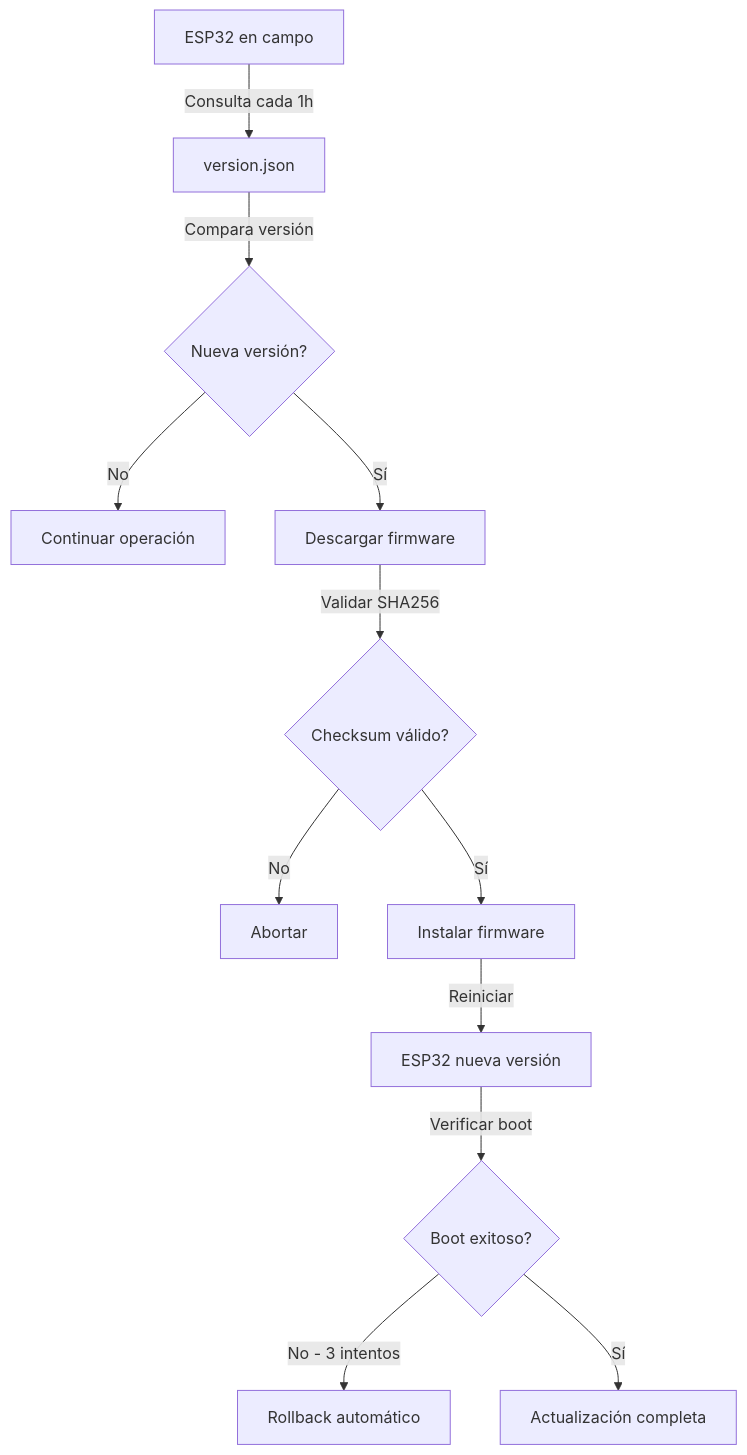
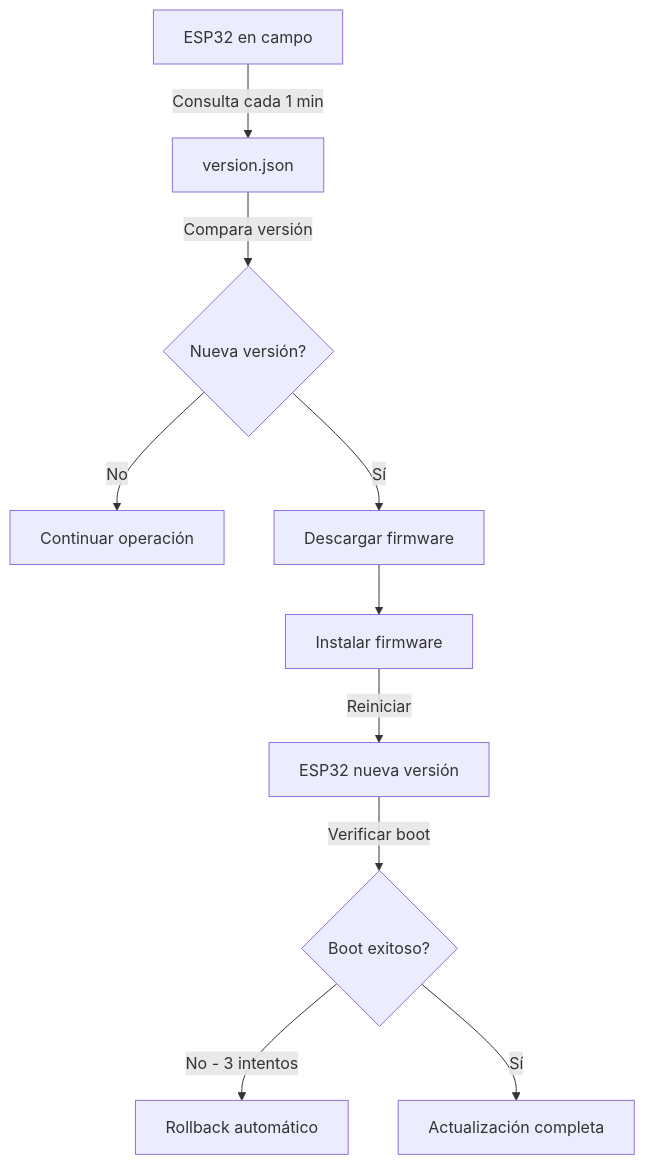
One commit to GrupoERE/AQUADATA-OTA changed the diagram in README.md. Above: the diagram before and after it, drawn with Mermaid. The commit also changed other lines of this file, not shown here.

````diff
--- a/README.md
+++ b/README.md
@@ -84,14 +81,12 @@
 ```mermaid
 graph TD
-    A[ESP32 en campo] -->|Consulta cada 1h| B[version.json]
+    A[ESP32 en campo] -->|Consulta cada 1 min| B[version.json]
     B -->|Compara versión| C{Nueva versión?}
     C -->|No| D[Continuar operación]
     C -->|Sí| E[Descargar firmware]
-    E -->|Validar SHA256| F{Checksum válido?}
-    F -->|No| G[Abortar]
-    F -->|Sí| H[Instalar firmware]
-    H -->|Reiniciar| I[ESP32 nueva versión]
-    I -->|Verificar boot| J{Boot exitoso?}
-    J -->|No - 3 intentos| K[Rollback automático]
-    J -->|Sí| L[Actualización completa]
+    E --> F[Instalar firmware]
+    F -->|Reiniciar| G[ESP32 nueva versión]
+    G -->|Verificar boot| H{Boot exitoso?}
+    H -->|No - 3 intentos| I[Rollback automático]
+    H -->|Sí| J[Actualización completa]
 ```
````
